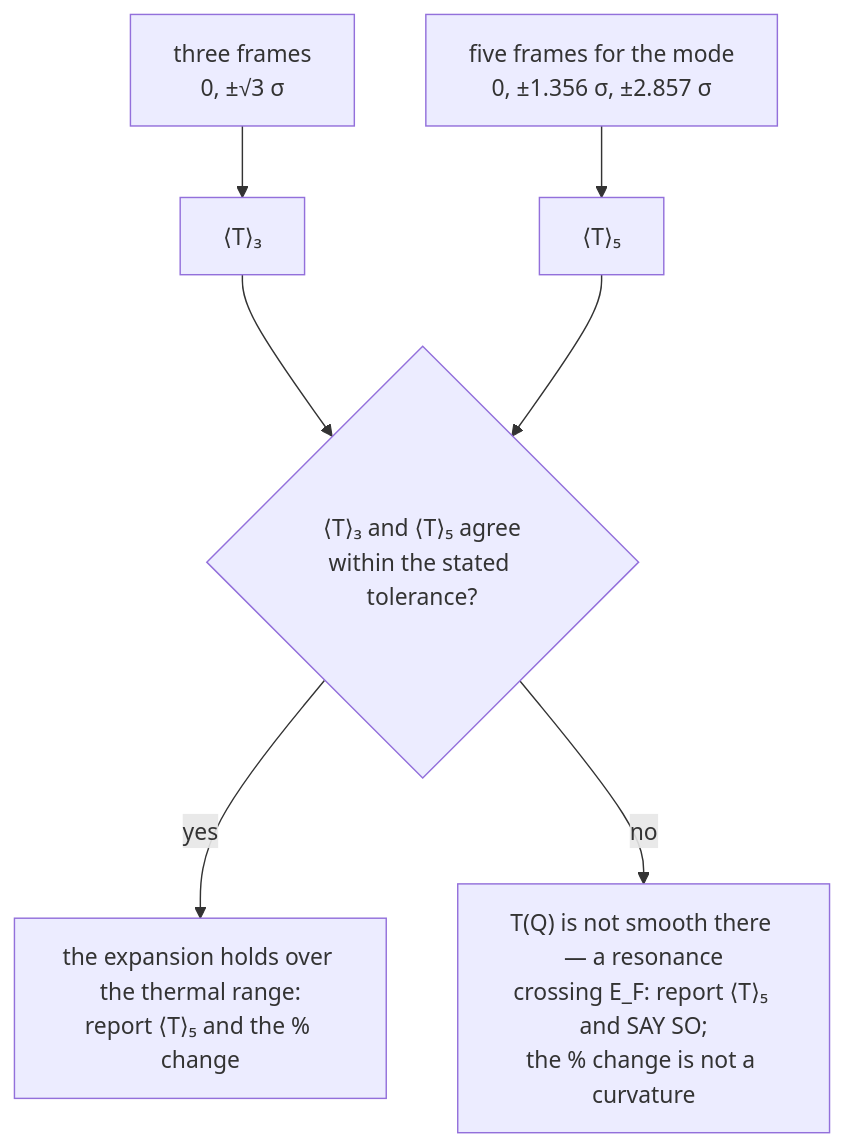
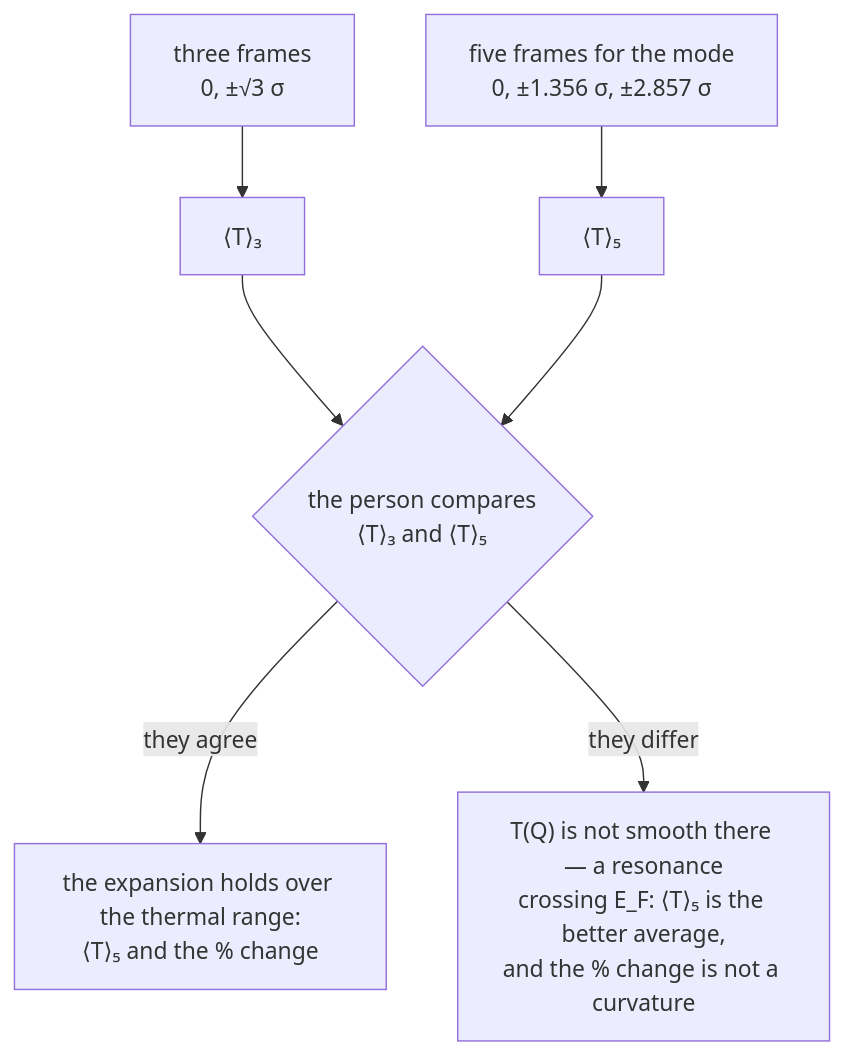
One commit to Qing-LAB/molbuilder changed the fifth of 6 diagrams in docs/science/vibrational-averaging.md. Above: the diagram before and after it, drawn with Mermaid. The commit also changed other lines of this file and 40 other files, not shown here.

````diff
--- a/docs/science/vibrational-averaging.md
+++ b/docs/science/vibrational-averaging.md
@@ -500,9 +500,9 @@
 ```mermaid
 flowchart TD
     A["three frames<br/>0, ±√3 σ"] --> B["⟨T⟩₃"]
     C["five frames for the mode<br/>0, ±1.356 σ, ±2.857 σ"] --> D["⟨T⟩₅"]
-    B --> E{"⟨T⟩₃ and ⟨T⟩₅ agree<br/>within the stated tolerance?"}
+    B --> E{"the person compares<br/>⟨T⟩₃ and ⟨T⟩₅"}
     D --> E
-    E -->|yes| F["the expansion holds over the thermal range:<br/>report ⟨T⟩₅ and the % change"]
-    E -->|no| G["T(Q) is not smooth there — a resonance<br/>crossing E_F: report ⟨T⟩₅ and SAY SO;<br/>the % change is not a curvature"]
+    E -->|they agree| F["the expansion holds over the thermal range:<br/>⟨T⟩₅ and the % change"]
+    E -->|they differ| G["T(Q) is not smooth there — a resonance<br/>crossing E_F: ⟨T⟩₅ is the better average,<br/>and the % change is not a curvature"]
 ```
````
